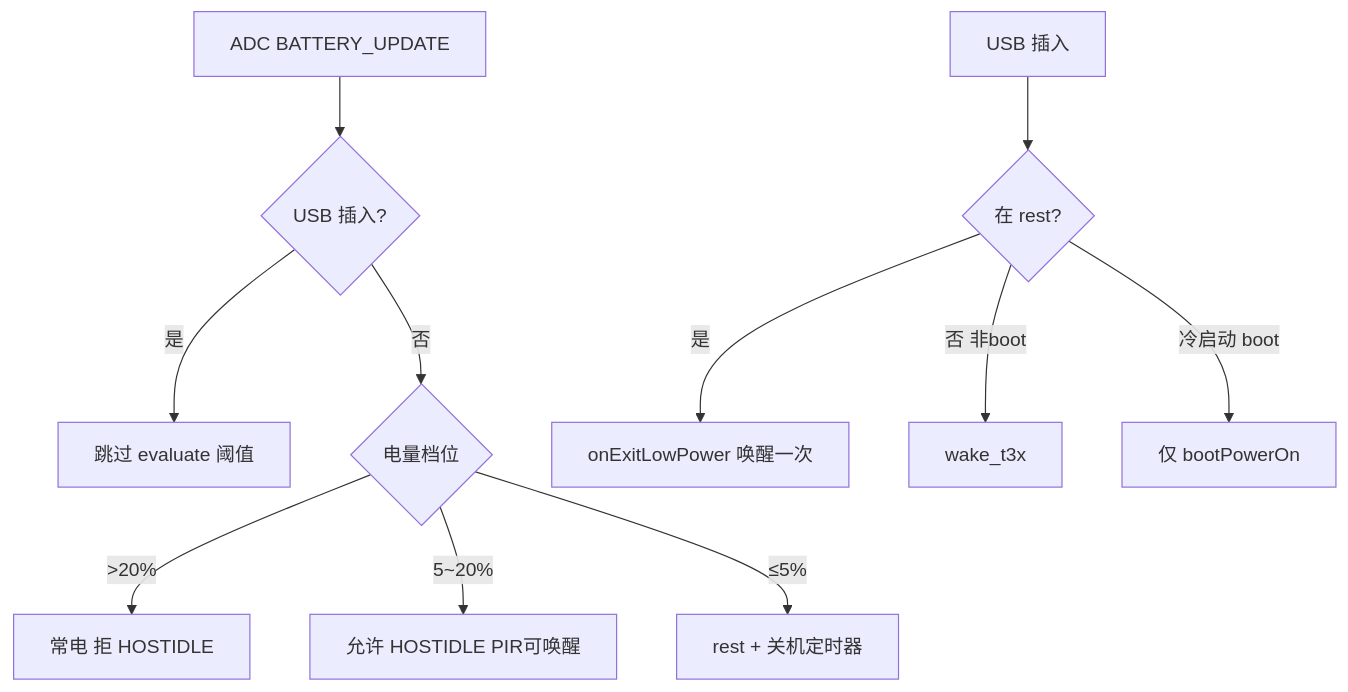
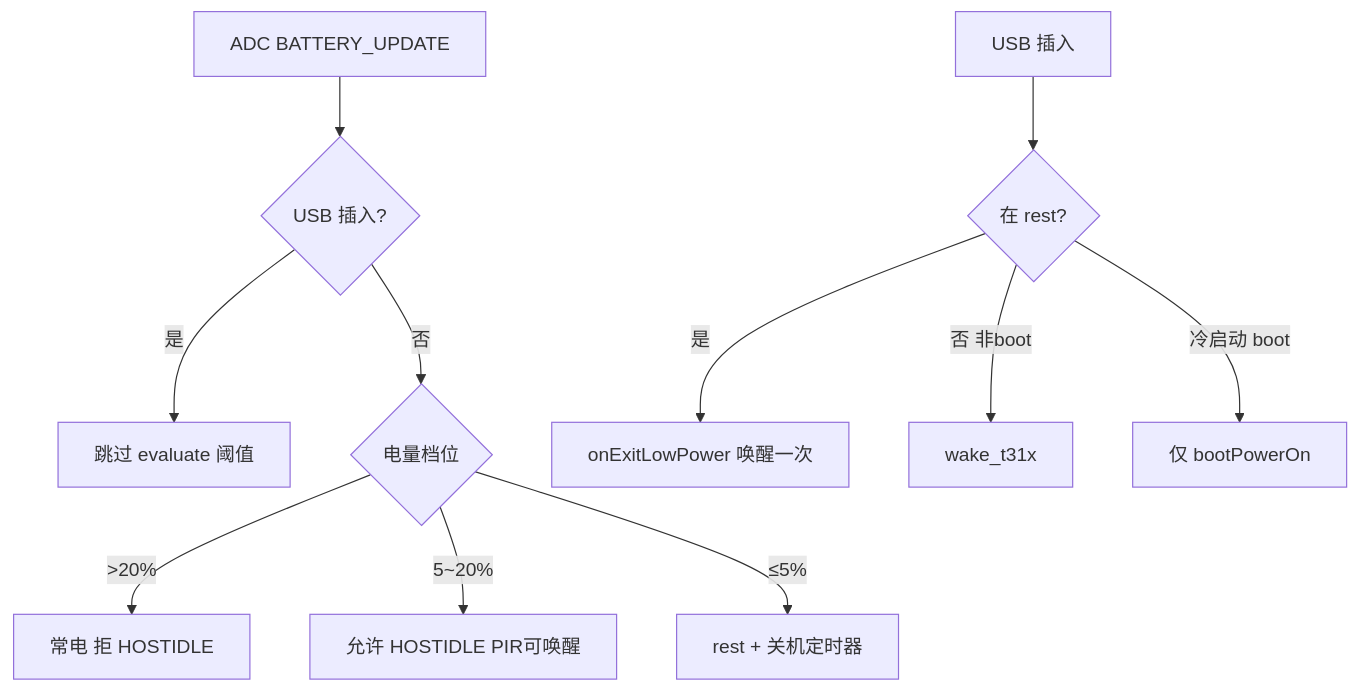
Before and after one commit to dzr1986/AIR780EHM: the diagram in doc/LUA_MODULES.md, drawn with Mermaid. The commit also changed other lines of this file and 402 other files, not shown here.

````diff
--- a/doc/LUA_MODULES.md
+++ b/doc/LUA_MODULES.md
@@ -406,13 +406,13 @@
 ```mermaid
 flowchart TD
     A[ADC BATTERY_UPDATE] --> B{USB 插入?}
     B -->|是| C[跳过 evaluate 阈值]
     B -->|否| D{电量档位}
     D -->|>20%| E[常电 拒 HOSTIDLE]
     D -->|5~20%| F[允许 HOSTIDLE PIR可唤醒]
     D -->|≤5%| G[rest + 关机定时器]
     H[USB 插入] --> I{在 rest?}
     I -->|是| J[onExitLowPower 唤醒一次]
-    I -->|否 非boot| K[wake_t3x]
+    I -->|否 非boot| K[wake_t31x]
     I -->|冷启动 boot| L[仅 bootPowerOn]
 ```
````
